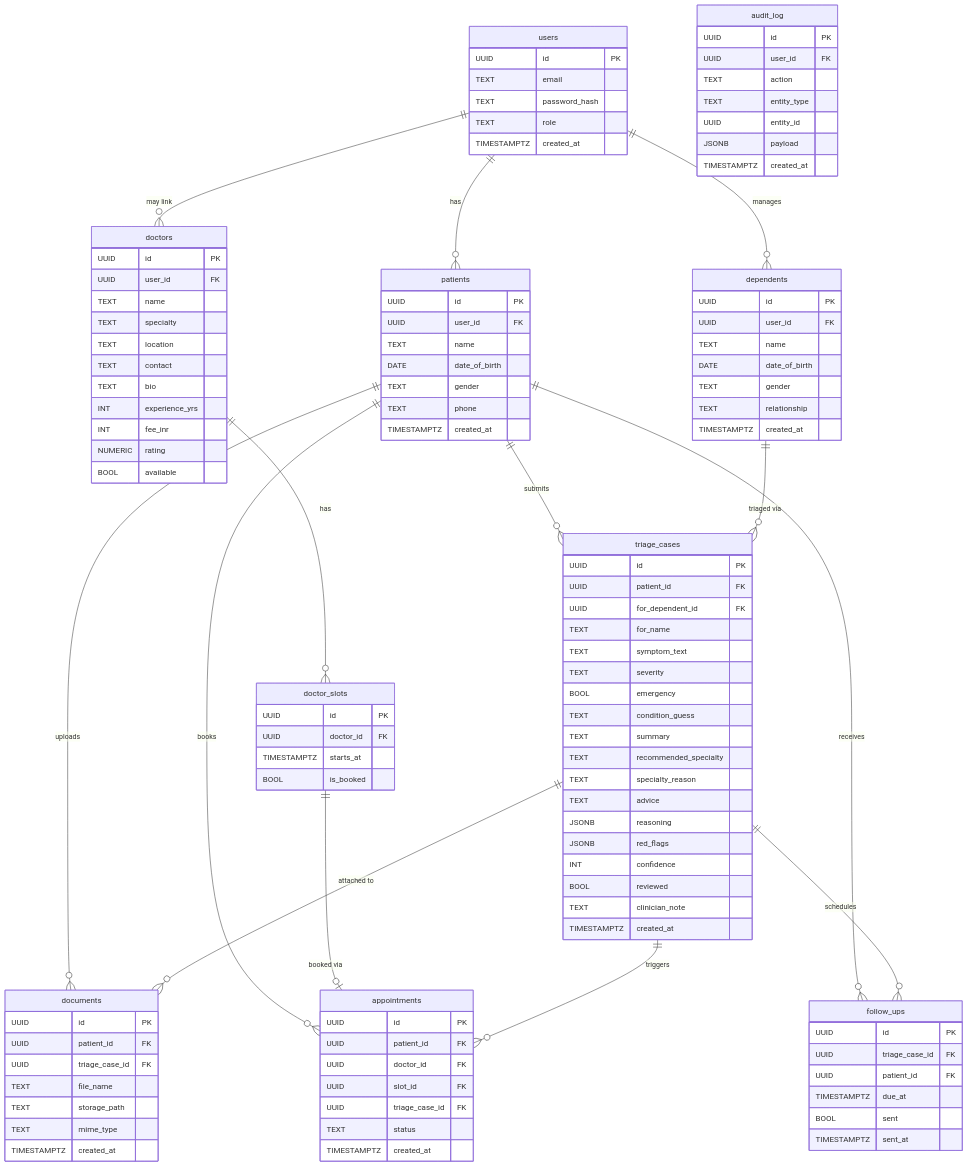
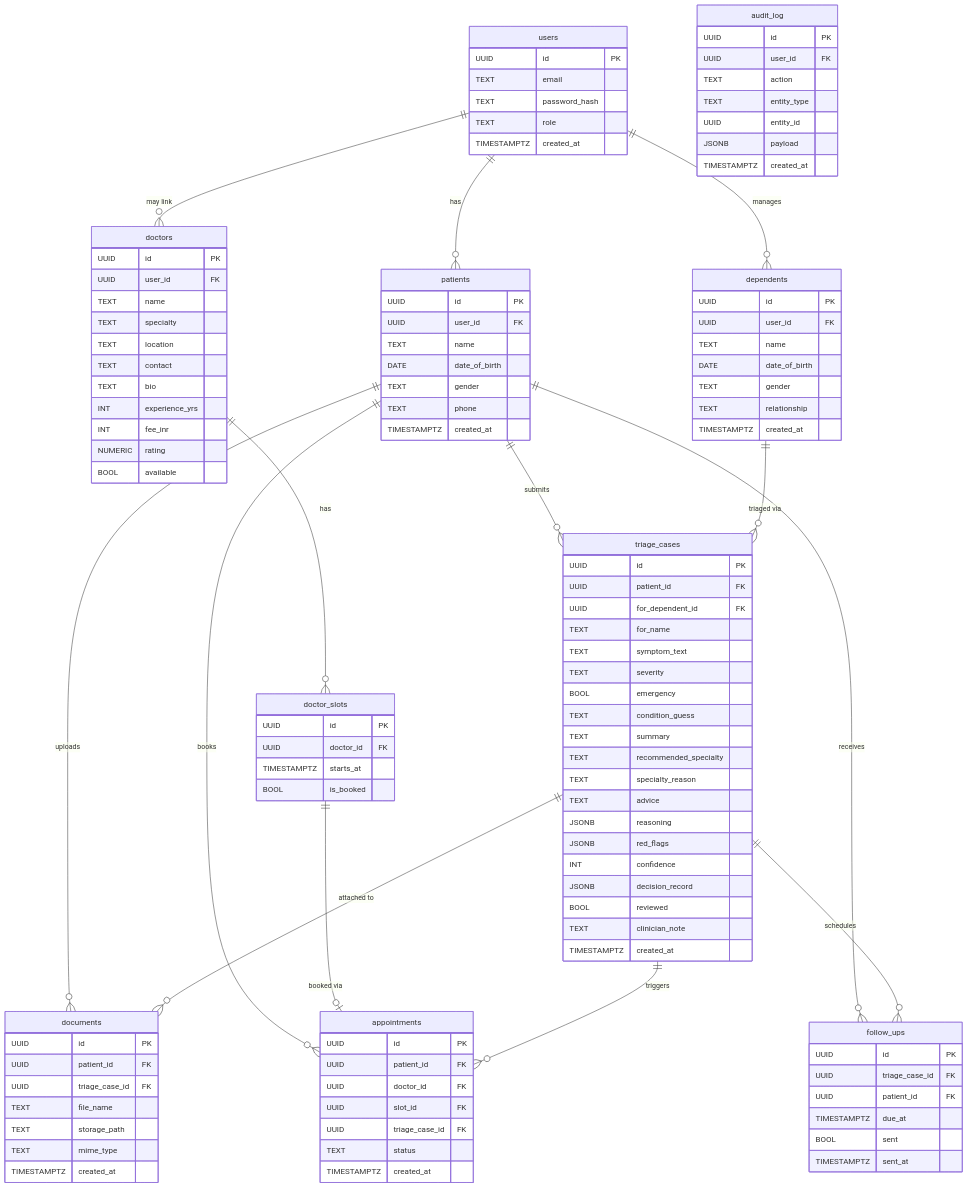
The third of 3 diagrams in README.md (Dealer-09/CareRoute), drawn with Mermaid before and after one commit. The commit also changed other lines of this file and 53 other files, not shown here.

```diff
--- a/README.md
+++ b/README.md
@@ -249,6 +299,7 @@
         JSONB reasoning
         JSONB red_flags
         INT confidence
+        JSONB decision_record
         BOOL reviewed
         TEXT clinician_note
         TIMESTAMPTZ created_at
```
